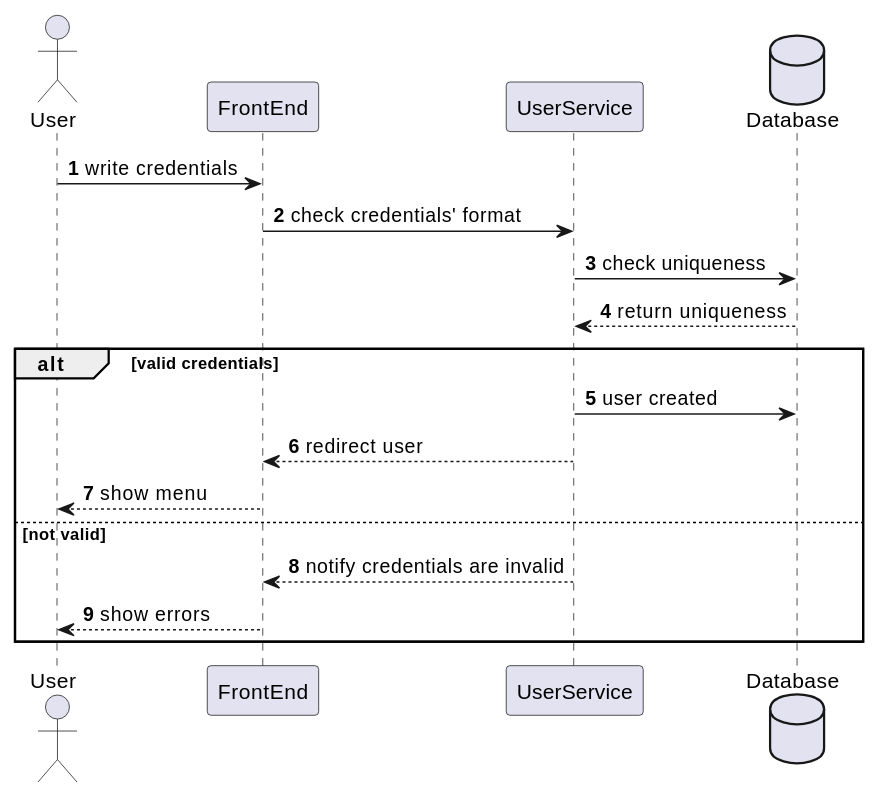
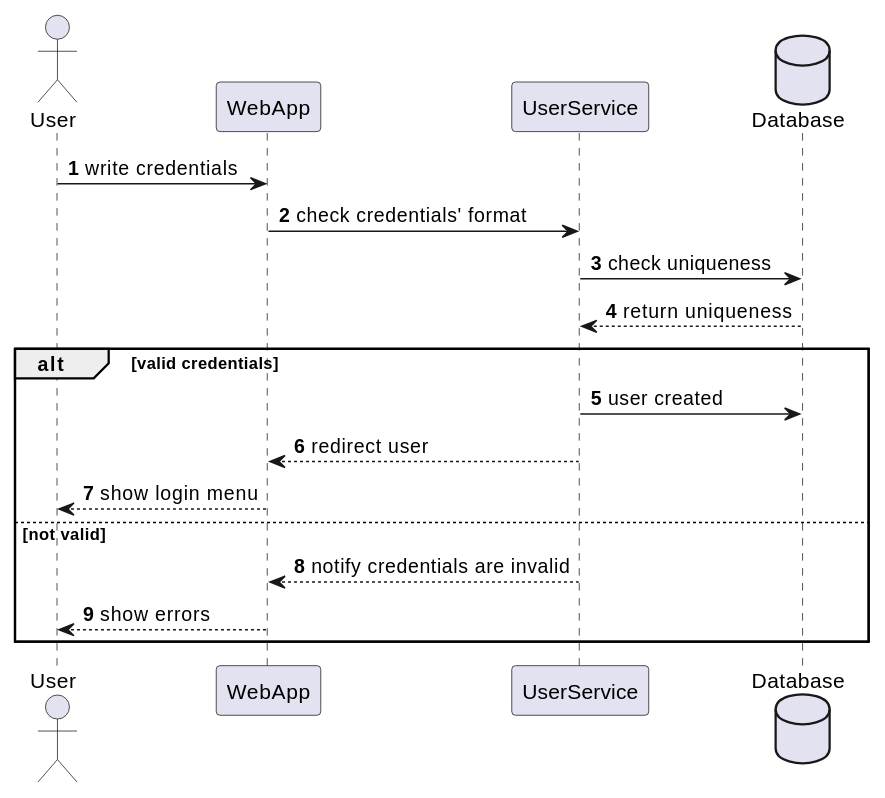
Before and after one commit to Arquisoft/wichat_en3a: the first of 5 diagrams in docs/src/06_runtime_view.adoc, drawn with PlantUML. The commit also changed other lines of this file, not shown here.

```diff
--- a/docs/src/06_runtime_view.adoc
+++ b/docs/src/06_runtime_view.adoc
@@ -19,22 +19,22 @@
 [plantuml,"Sign up diagram",png]
 ----
 autonumber
 actor User
-participant FrontEnd
+participant WebApp
 participant UserService
 database Database
 
-User -> FrontEnd: write credentials
-FrontEnd -> UserService: check credentials' format
+User -> WebApp: write credentials
+WebApp -> UserService: check credentials' format
 UserService -> Database: check uniqueness
 Database --> UserService: return uniqueness
 
 alt valid credentials
     UserService -> Database: user created
-    UserService --> FrontEnd: redirect user
-    FrontEnd --> User: show menu
+    UserService --> WebApp: redirect user
+    WebApp --> User: show login menu
 else not valid
-    UserService --> FrontEnd: notify credentials are invalid
-    FrontEnd --> User: show errors
+    UserService --> WebApp: notify credentials are invalid
+    WebApp --> User: show errors
 end
 ----
```
